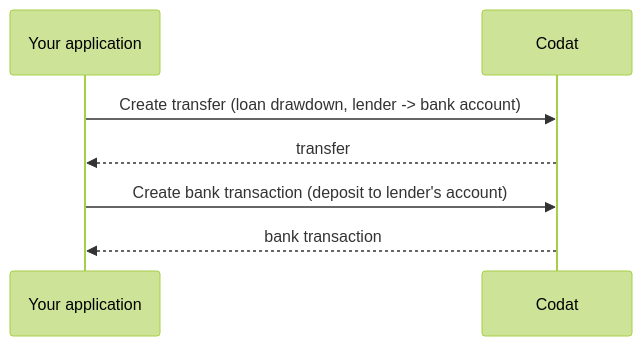
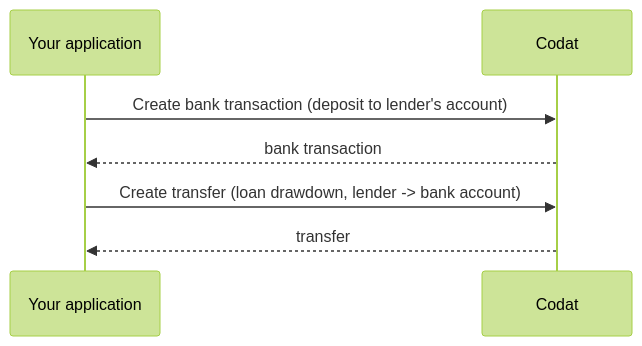
The fourth of 5 diagrams in docs/lending/guides/general-loan-writeback.md (codatio/codat-docs), drawn with Mermaid (forest theme) before and after one commit. The commit also changed other lines of this file, not shown here.

````diff
--- a/docs/lending/guides/general-loan-writeback.md
+++ b/docs/lending/guides/general-loan-writeback.md
@@ -201,11 +201,11 @@
 ```mermaid
     sequenceDiagram
         participant backend as Your application 
         participant codat as Codat
+
+        backend ->> codat: Create bank transaction (deposit to lender's account)
+        codat -->> backend: bank transaction
         
         backend ->> codat: Create transfer (loan drawdown, lender -> bank account)
         codat -->> backend:  transfer
-        
-        backend ->> codat: Create bank transaction (deposit to lender's account)
-        codat -->> backend: bank transaction
 ```
````
